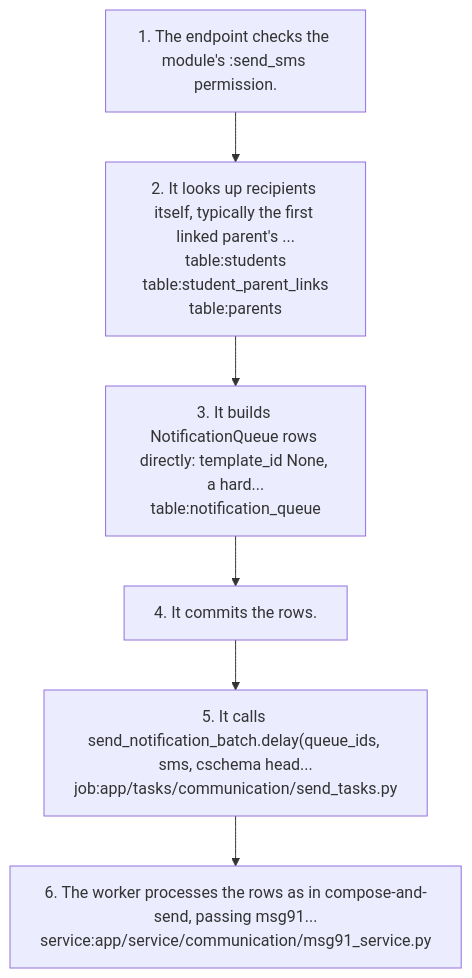
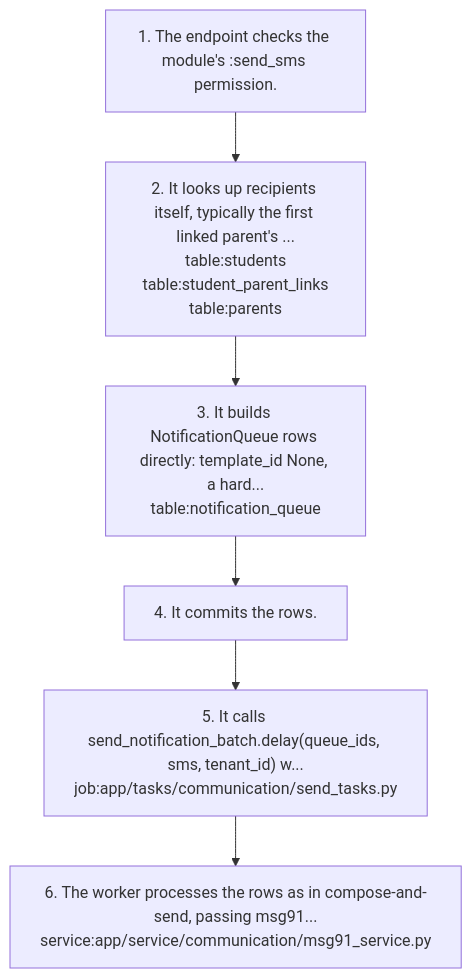
The sixth of 8 diagrams in docs/graph/views/communication.md (nerellasraj21/cos360_full_app), drawn with Mermaid before and after one commit. The commit also changed other lines of this file and 96 other files, not shown here.

First line of the commit message:
Convert Celery tasks and remaining per-schema code to tenant ids

````diff
--- a/docs/graph/views/communication.md
+++ b/docs/graph/views/communication.md
@@ -321,14 +322,14 @@
 ```mermaid
 flowchart TD
   s1["1. The endpoint checks the module's <resource>:send_sms permission."]
   s2["2. It looks up recipients itself, typically the first linked parent's ...<br/>table:students<br/>table:student_parent_links<br/>table:parents"]
   s1 --> s2
   s3["3. It builds NotificationQueue rows directly: template_id None, a hard...<br/>table:notification_queue"]
   s2 --> s3
   s4["4. It commits the rows."]
   s3 --> s4
-  s5["5. It calls send_notification_batch.delay(queue_ids, sms, cschema head...<br/>job:app/tasks/communication/send_tasks.py"]
+  s5["5. It calls send_notification_batch.delay(queue_ids, sms, tenant_id) w...<br/>job:app/tasks/communication/send_tasks.py"]
   s4 --> s5
   s6["6. The worker processes the rows as in compose-and-send, passing msg91...<br/>service:app/service/communication/msg91_service.py"]
   s5 --> s6
 ```
````
